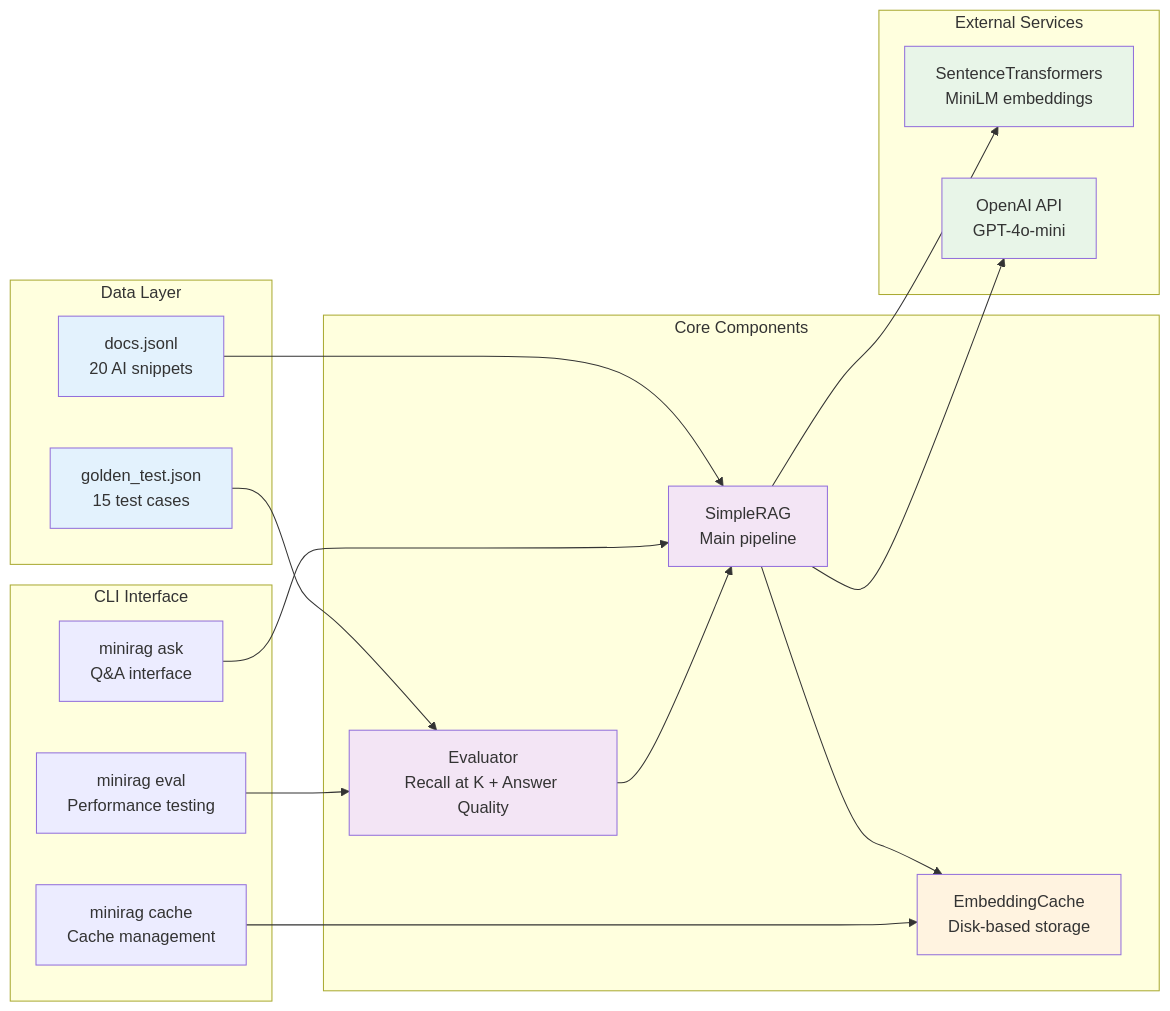
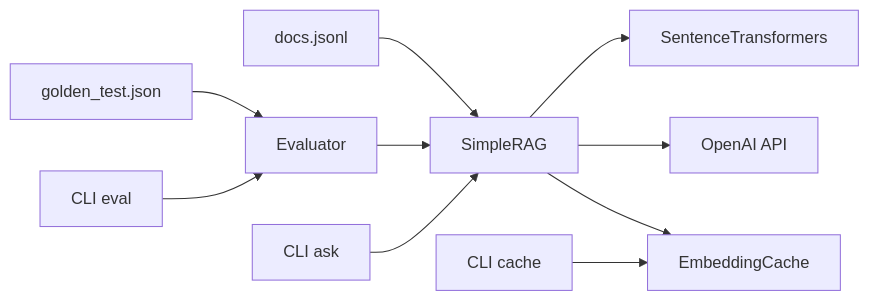
Before and after one commit to letanure/haystack-mini-rag: the second of 2 diagrams in README.md, drawn with Mermaid. The commit also changed other lines of this file, not shown here.

Commit message:
Create simple and accurate Mermaid diagrams
- Show actual CLI command flow and component relationships
- Cache is integrated into SimpleRAG, not detached
- Clear data flow from user to components
- Minimal diagram that should render properly

````diff
--- a/README.md
+++ b/README.md
@@ -42,42 +33,15 @@
 ```mermaid
-graph LR
-    subgraph "Data Layer"
-        A[docs.jsonl<br/>20 AI snippets]
-        B[golden_test.json<br/>15 test cases]
-    end
+flowchart LR
+    A[docs.jsonl] --> B[SimpleRAG]
+    C[golden_test.json] --> D[Evaluator]
     
-    subgraph "Core Components"
-        C[SimpleRAG<br/>Main pipeline]
-        D[Evaluator<br/>Recall at K + Answer Quality]
-        E[EmbeddingCache<br/>Disk-based storage]
-    end
+    B --> E[SentenceTransformers]
+    B --> F[OpenAI API]
+    B --> G[EmbeddingCache]
     
-    subgraph "External Services"
-        F[SentenceTransformers<br/>MiniLM embeddings]
-        G[OpenAI API<br/>GPT-4o-mini]
-    end
+    D --> B
     
-    subgraph "CLI Interface"
-        H[minirag ask<br/>Q&A interface]
-        I[minirag eval<br/>Performance testing]
-        J[minirag cache<br/>Cache management]
-    end
-    
-    A --> C
-    B --> D
-    C --> F
-    C --> G
-    C --> E
-    H --> C
-    I --> D
-    J --> E
-    D --> C
-    
-    style A fill:#e3f2fd
-    style B fill:#e3f2fd
-    style C fill:#f3e5f5
-    style D fill:#f3e5f5
-    style E fill:#fff3e0
-    style F fill:#e8f5e8
-    style G fill:#e8f5e8
+    H[CLI ask] --> B
+    I[CLI eval] --> D
+    J[CLI cache] --> G
 ```
````
